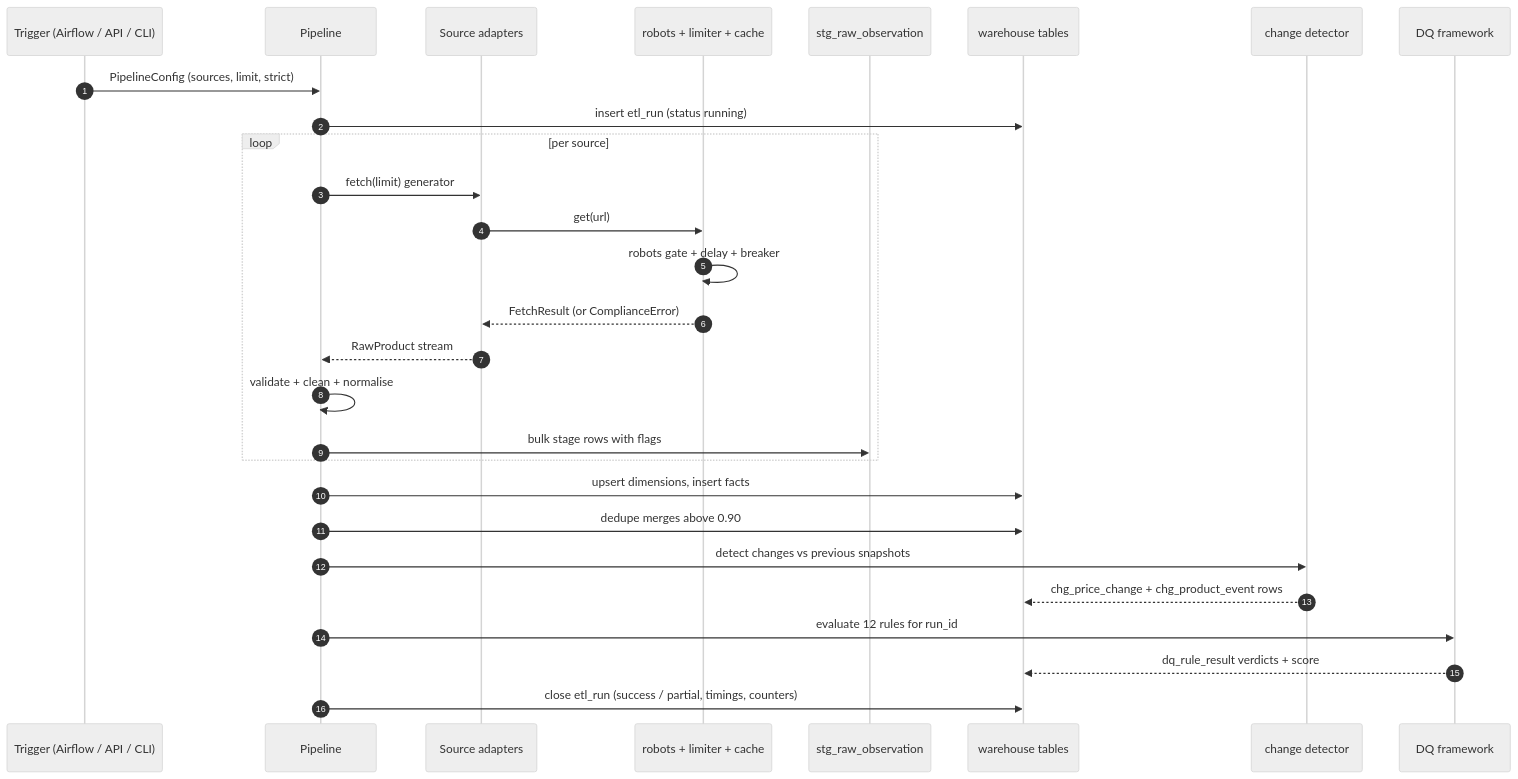
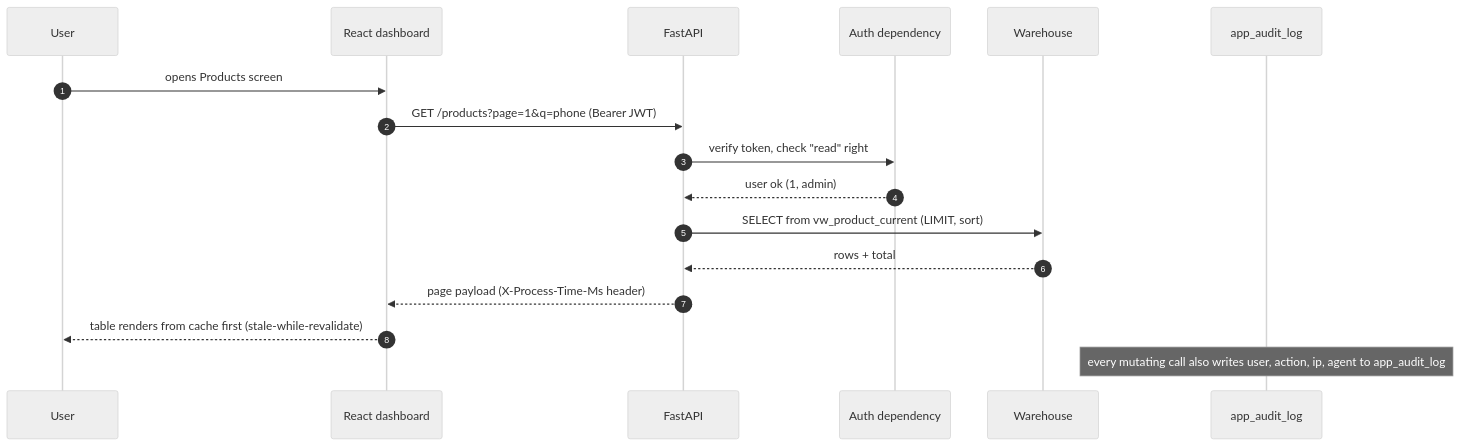
The diagram in docs/diagrams/out/README_05.mmd (Ahmedbakr78/Web-to-Warehouse-Product-Intelligence-Pipeline), drawn with Mermaid (neutral theme) before and after one commit. The commit also changed 176 other files, not shown here.

First line of the commit message:
Expand the documentation and correct every stale figure in it

```diff
--- a/docs/diagrams/out/README_05.mmd
+++ b/docs/diagrams/out/README_05.mmd
@@ -1,30 +1,19 @@
 
 sequenceDiagram
     autonumber
-    participant A as Trigger (Airflow / API / CLI)
-    participant P as Pipeline
-    participant S as Source adapters
-    participant RC as robots + limiter + cache
-    participant STG as stg_raw_observation
-    participant WH as warehouse tables
-    participant CH as change detector
-    participant DQF as DQ framework
+    participant U as User
+    participant FE as React dashboard
+    participant API as FastAPI
+    participant DQ as Auth dependency
+    participant WH as Warehouse
+    participant AU as app_audit_log
 
-    A->>P: PipelineConfig (sources, limit, strict)
-    P->>WH: insert etl_run (status running)
-    loop per source
-        P->>S: fetch(limit) generator
-        S->>RC: get(url)
-        RC->>RC: robots gate + delay + breaker
-        RC-->>S: FetchResult (or ComplianceError)
-        S-->>P: RawProduct stream
-        P->>P: validate + clean + normalise
-        P->>STG: bulk stage rows with flags
-    end
-    P->>WH: upsert dimensions, insert facts
-    P->>WH: dedupe merges above 0.90
-    P->>CH: detect changes vs previous snapshots
-    CH-->>WH: chg_price_change + chg_product_event rows
-    P->>DQF: evaluate 12 rules for run_id
-    DQF-->>WH: dq_rule_result verdicts + score
-    P->>WH: close etl_run (success / partial, timings, counters)
+    U->>FE: opens Products screen
+    FE->>API: GET /products?page=1&q=phone (Bearer JWT)
+    API->>DQ: verify token, check "read" right
+    DQ-->>API: user ok (1, admin)
+    API->>WH: SELECT from vw_product_current (LIMIT, sort)
+    WH-->>API: rows + total
+    API-->>FE: page payload (X-Process-Time-Ms header)
+    FE-->>U: table renders from cache first (stale-while-revalidate)
+    Note over AU: every mutating call also writes user, action, ip, agent to app_audit_log
```
